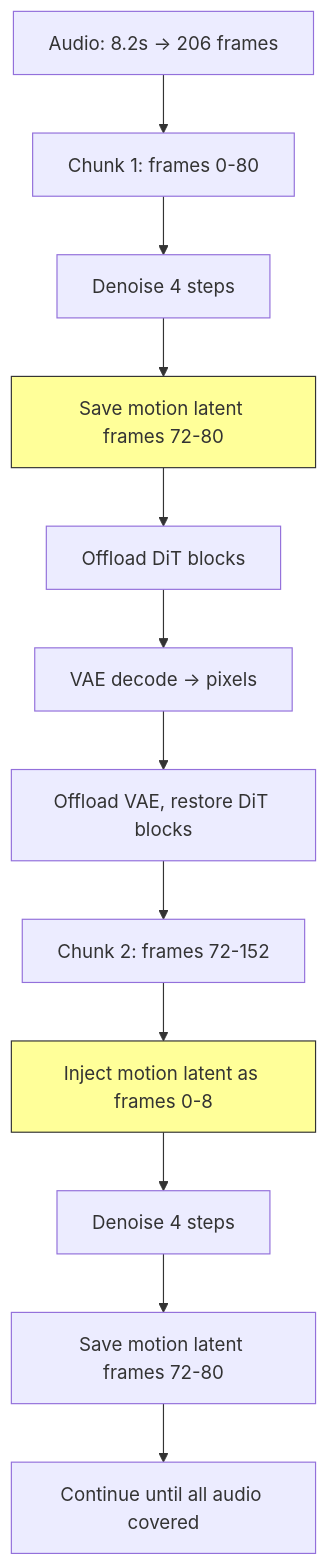
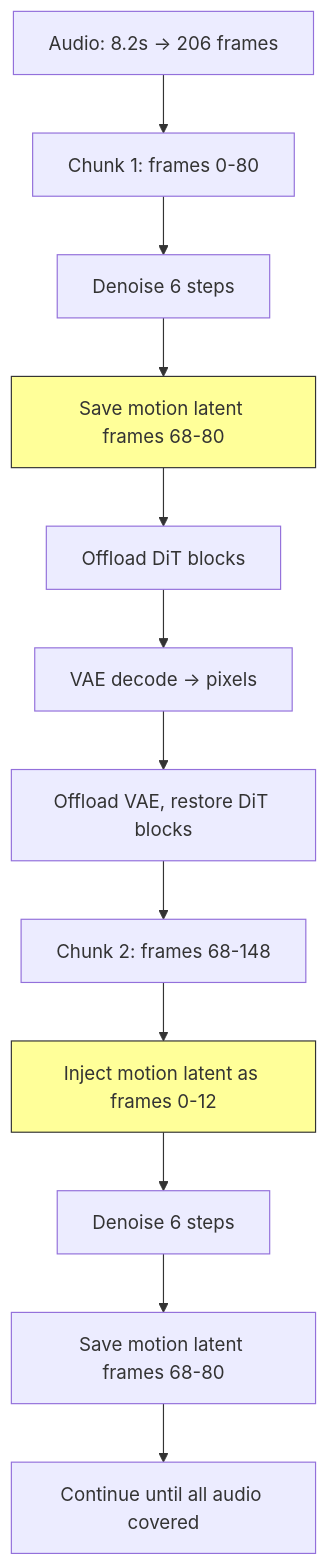
The tenth of 16 diagrams in docs/tdd.md (garystorey/zimbra), drawn with Mermaid before and after one commit. The commit also changed other lines of this file and 9 other files, not shown here.

Commit message:
increase VIDEO_GGUF_LORA_SAMPLE_STEPS from 4 to 6 and VIDEO_GGUF_MOTION_FRAME from 9 to 13 for better quality, add --audio-cfg CLI option, add post-generation progress bars for FFmpeg mux/model unload/contact sheet

````diff
--- a/docs/tdd.md
+++ b/docs/tdd.md
@@ -285,17 +285,17 @@
 ```mermaid
 flowchart TD
     A[Audio: 8.2s → 206 frames] --> B[Chunk 1: frames 0-80]
-    B --> C[Denoise 4 steps]
-    C --> D[Save motion latent frames 72-80]
+    B --> C[Denoise 6 steps]
+    C --> D[Save motion latent frames 68-80]
     D --> E[Offload DiT blocks]
     E --> F[VAE decode → pixels]
     F --> G[Offload VAE, restore DiT blocks]
-    G --> H[Chunk 2: frames 72-152]
-    H --> I[Inject motion latent as frames 0-8]
-    I --> J[Denoise 4 steps]
-    J --> K[Save motion latent frames 72-80]
+    G --> H[Chunk 2: frames 68-148]
+    H --> I[Inject motion latent as frames 0-12]
+    I --> J[Denoise 6 steps]
+    J --> K[Save motion latent frames 68-80]
     K --> L[Continue until all audio covered]
 
     style D fill:#ff9,stroke:#333
     style I fill:#ff9,stroke:#333
 ```
````
